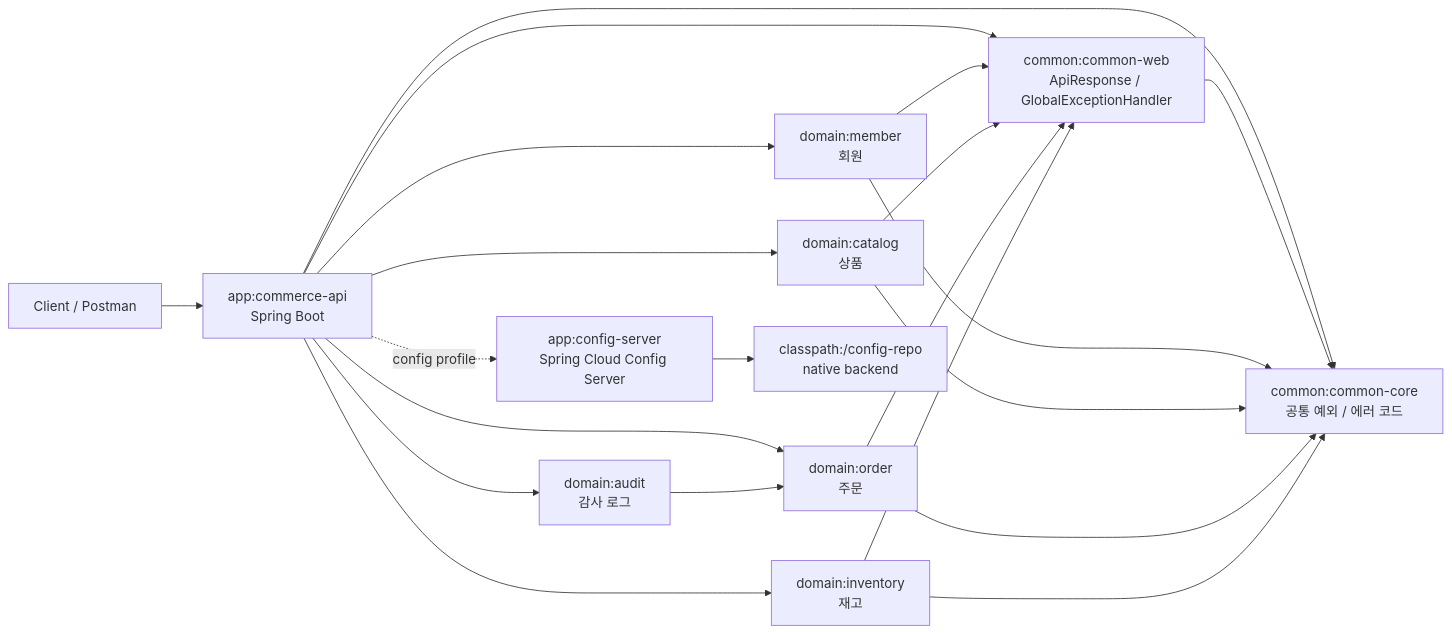
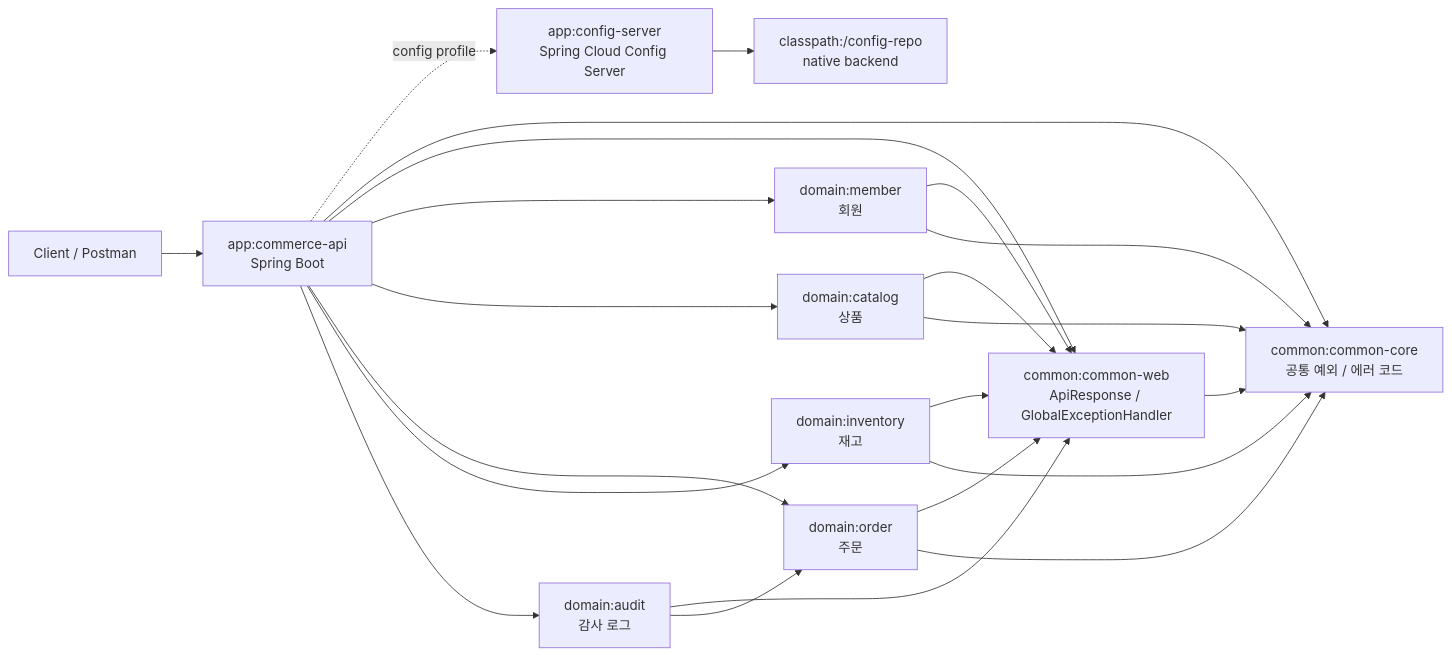
The first of 3 diagrams in README.md (dongyongChoi/toy-commerce-platform), drawn with Mermaid before and after one commit. The commit also changed other lines of this file and 7 other files, not shown here.

````diff
--- a/README.md
+++ b/README.md
@@ -33,25 +33,26 @@
 ```mermaid
 flowchart LR
     Client["Client / Postman"] --> API["app:commerce-api<br/>Spring Boot"]
     API -. config profile .-> CONFIG["app:config-server<br/>Spring Cloud Config Server"]
 
     API --> CC["common:common-core<br/>공통 예외 / 에러 코드"]
     API --> CW["common:common-web<br/>ApiResponse / GlobalExceptionHandler"]
     API --> MEMBER["domain:member<br/>회원"]
     API --> CATALOG["domain:catalog<br/>상품"]
     API --> ORDER["domain:order<br/>주문"]
     API --> INVENTORY["domain:inventory<br/>재고"]
     API --> AUDIT["domain:audit<br/>감사 로그"]
 
     CW --> CC
     MEMBER --> CW
     MEMBER --> CC
     CATALOG --> CW
     CATALOG --> CC
     ORDER --> CW
     ORDER --> CC
     INVENTORY --> CW
     INVENTORY --> CC
+    AUDIT --> CW
     AUDIT --> ORDER
     CONFIG --> CONFIG_REPO["classpath:/config-repo<br/>native backend"]
 ```
````
